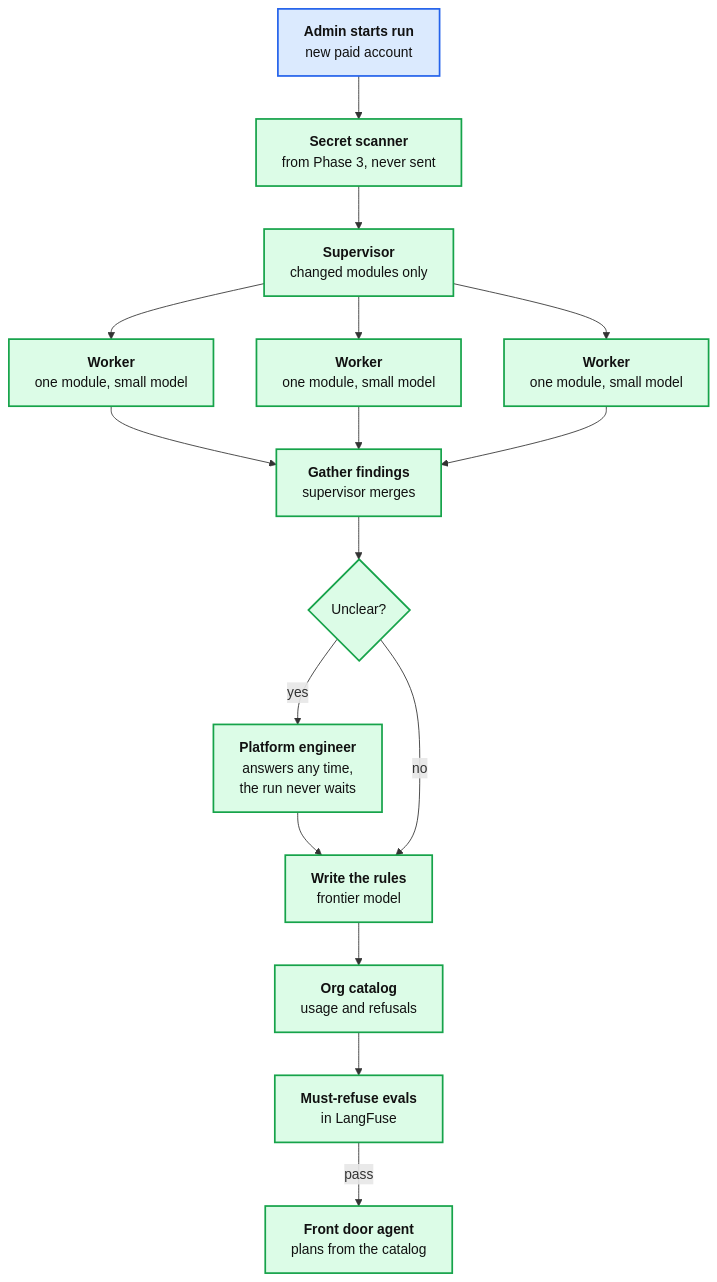
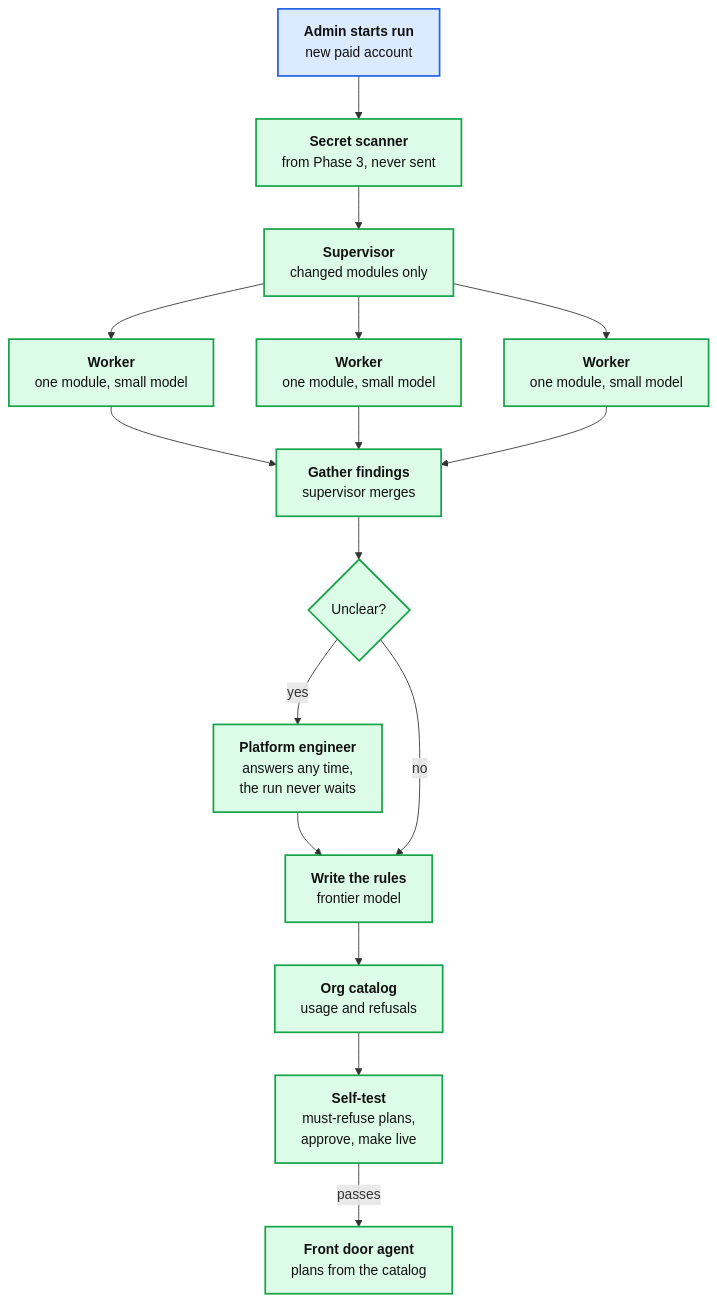
Before and after one commit to GregKliewer/sealeye: the sixth of 12 diagrams in docs/BUILD-OUT.md, drawn with Mermaid. The commit also changed other lines of this file, not shown here.

````diff
--- a/docs/BUILD-OUT.md
+++ b/docs/BUILD-OUT.md
@@ -203,22 +203,22 @@
 ```mermaid
 flowchart TB
   start["<b>Admin starts run</b><br/>new paid account"] --> scan["<b>Secret scanner</b><br/>from Phase 3, never sent"]
   scan --> sup["<b>Supervisor</b><br/>changed modules only"]
   sup --> w1["<b>Worker</b><br/>one module, small model"]
   sup --> w2["<b>Worker</b><br/>one module, small model"]
   sup --> w3["<b>Worker</b><br/>one module, small model"]
   w1 --> gather["<b>Gather findings</b><br/>supervisor merges"]
   w2 --> gather
   w3 --> gather
   gather --> unclear{"Unclear?"}
   unclear -- yes --> person["<b>Platform engineer</b><br/>answers any time,<br/>the run never waits"]
   person --> synth
   unclear -- no --> synth["<b>Write the rules</b><br/>frontier model"]
   synth --> catalog["<b>Org catalog</b><br/>usage and refusals"]
-  catalog --> evals["<b>Must-refuse evals</b><br/>in LangFuse"]
-  evals -- pass --> use["<b>Front door agent</b><br/>plans from the catalog"]
+  catalog --> evals["<b>Self-test</b><br/>must-refuse plans,<br/>approve, make live"]
+  evals -- passes --> use["<b>Front door agent</b><br/>plans from the catalog"]
   classDef new fill:#dbeafe,stroke:#2563eb,stroke-width:2px,color:#111
   classDef built fill:#dcfce7,stroke:#16a34a,stroke-width:2px,color:#111
   class start new
   class scan,sup,w1,w2,w3,gather,unclear,person,synth,catalog,evals,use built
 ```
````
